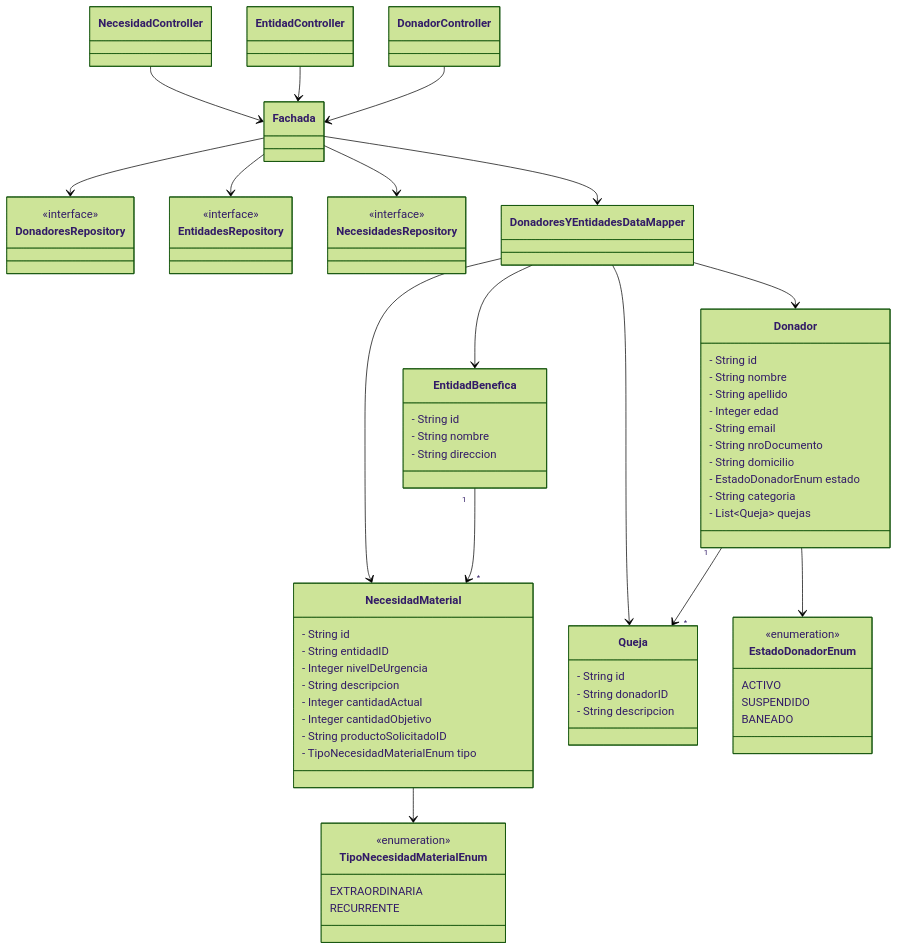
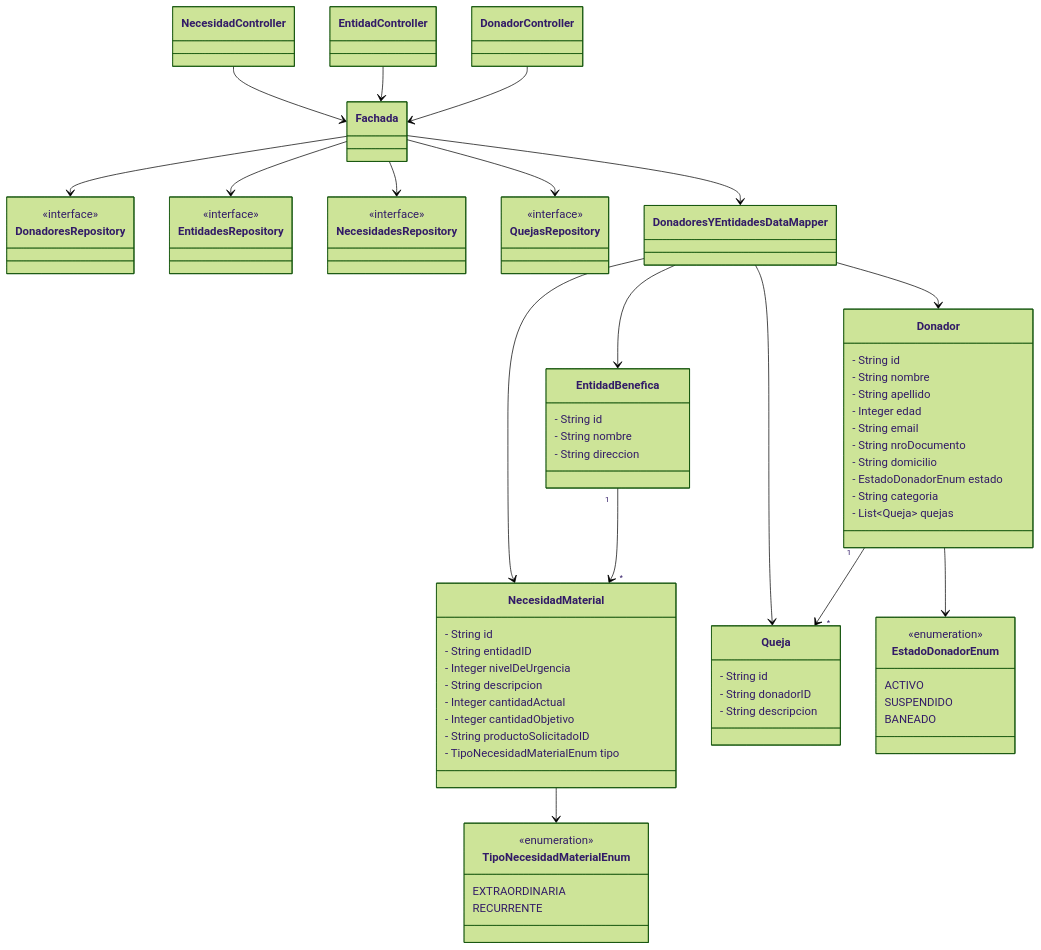
The diagram in docs/clases.md (2026-ddsi-tpa-El-stack-de-mama/Donadores-y-Entidades), drawn with Mermaid (forest theme) before and after one commit.

Commit message:
actualizo diagrama de clases+

```diff
--- a/docs/clases.md
+++ b/docs/clases.md
@@ -64,6 +64,10 @@
   <<interface>>
 }
 
+class QuejasRepository {
+  <<interface>>
+}
+
 
 class DonadoresYEntidadesDataMapper
 
@@ -88,6 +92,7 @@
 Fachada --> DonadoresRepository
 Fachada --> EntidadesRepository
 Fachada --> NecesidadesRepository
+Fachada --> QuejasRepository
 Fachada --> DonadoresYEntidadesDataMapper
 
 DonadorController --> Fachada
```
